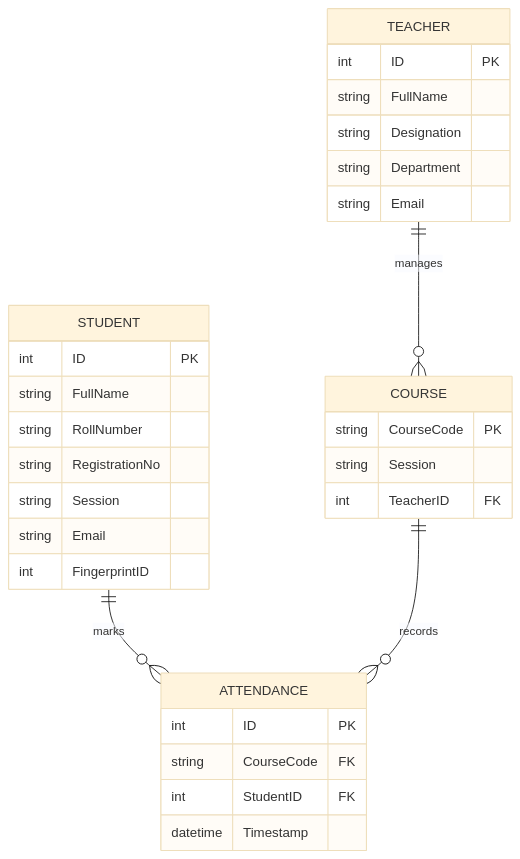
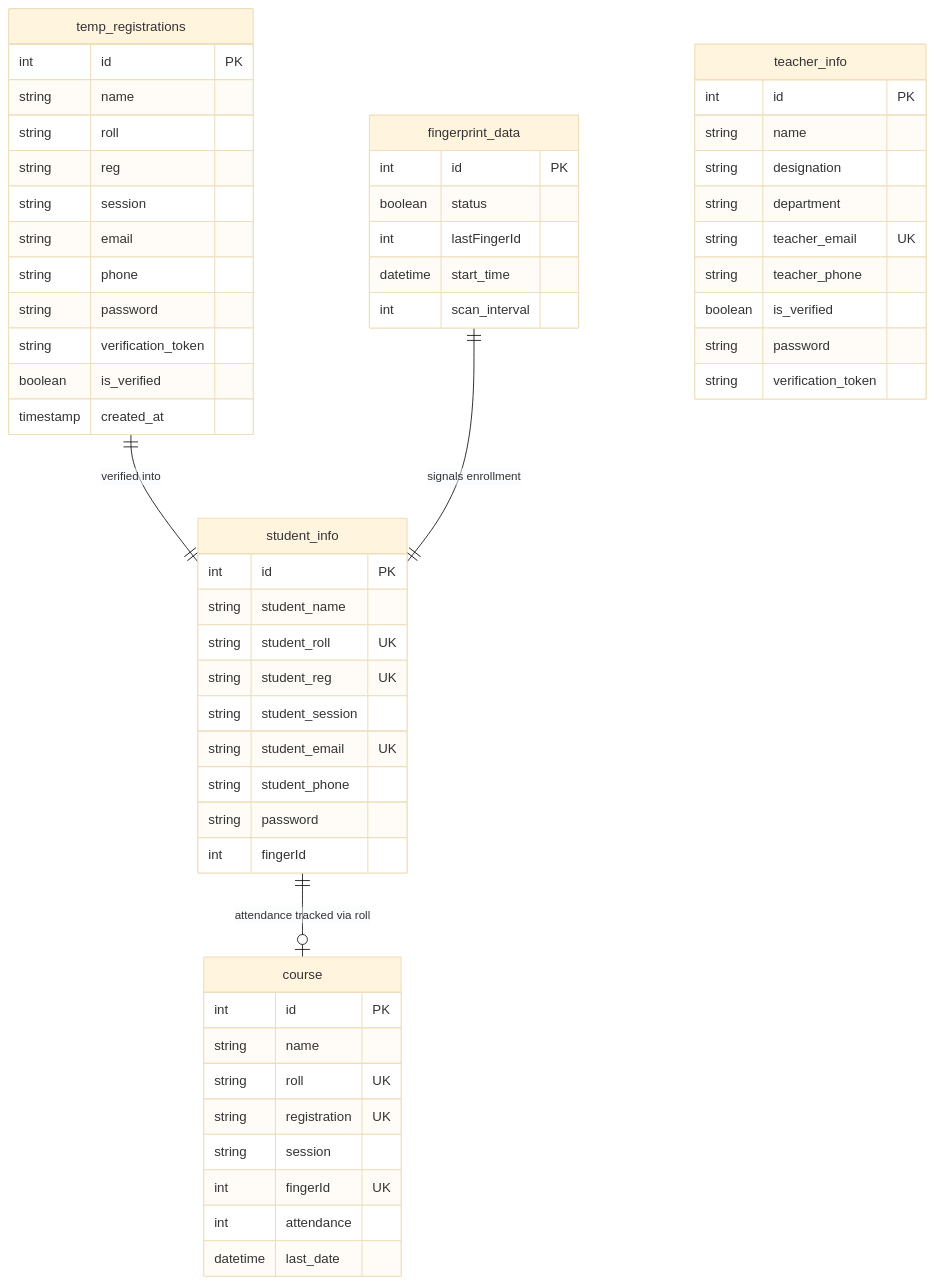
Before and after one commit to avishek-sarkar/Biometric-Attendance-System: the second of 2 diagrams in README.md, drawn with Mermaid (base theme). The commit also changed other lines of this file, not shown here.

````diff
--- a/README.md
+++ b/README.md
@@ -51,37 +56,63 @@
 ```mermaid
 erDiagram
-    STUDENT ||--o{ ATTENDANCE : "marks"
-    TEACHER ||--o{ COURSE : "manages"
-    COURSE ||--o{ ATTENDANCE : "records"
+    temp_registrations ||--|| student_info : "verified into"
+    student_info ||--o| course : "attendance tracked via roll"
+    fingerprint_data ||--|| student_info : "signals enrollment"
     
-    STUDENT {
-        int ID PK
-        string FullName
-        string RollNumber
-        string RegistrationNo
-        string Session
-        string Email
-        int FingerprintID
+    student_info {
+        int id PK
+        string student_name
+        string student_roll UK
+        string student_reg UK
+        string student_session
+        string student_email UK
+        string student_phone
+        string password
+        int fingerId
     }
     
-    TEACHER {
-        int ID PK
-        string FullName
-        string Designation
-        string Department
-        string Email
+    teacher_info {
+        int id PK
+        string name
+        string designation
+        string department
+        string teacher_email UK
+        string teacher_phone
+        boolean is_verified
+        string password
+        string verification_token
     }
     
-    COURSE {
-        string CourseCode PK
-        string Session
-        int TeacherID FK
+    course {
+        int id PK
+        string name
+        string roll UK
+        string registration UK
+        string session
+        int fingerId UK
+        int attendance
+        datetime last_date
     }
-    
-    ATTENDANCE {
-        int ID PK
-        string CourseCode FK
-        int StudentID FK
-        datetime Timestamp
+
+    temp_registrations {
+        int id PK
+        string name
+        string roll
+        string reg
+        string session
+        string email
+        string phone
+        string password
+        string verification_token
+        boolean is_verified
+        timestamp created_at
+    }
+
+    fingerprint_data {
+        int id PK
+        boolean status
+        int lastFingerId
+        datetime start_time
+        int scan_interval
     }
 ```
````
